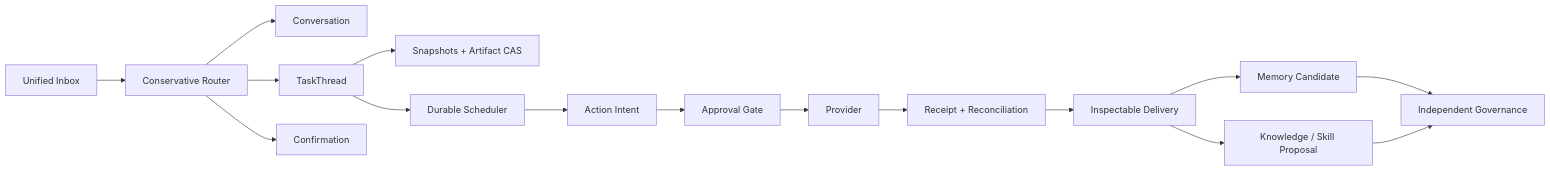
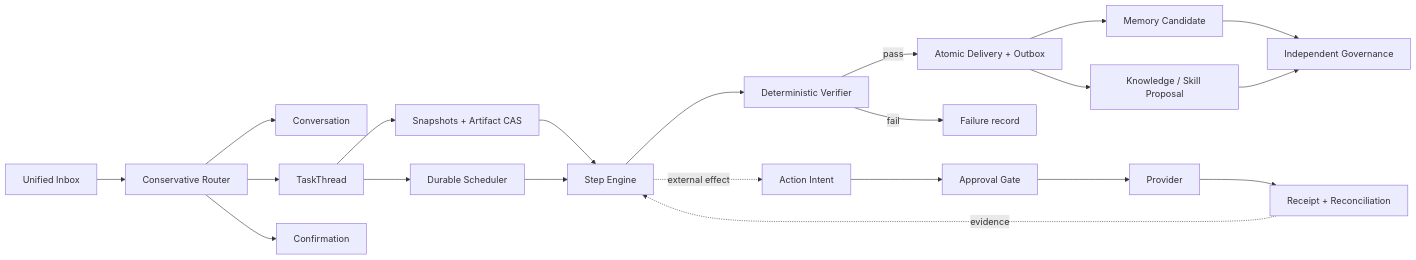
One commit to 2sao7sao/CoPenguin changed the diagram in README.md. Above: the diagram before and after it, drawn with Mermaid. The commit also changed other lines of this file and 56 other files, not shown here.

````diff
--- a/README.md
+++ b/README.md
@@ -133,18 +165,23 @@
 ```mermaid
 flowchart LR
   U["Unified Inbox"] --> R["Conservative Router"]
   R --> C["Conversation"]
   R --> T["TaskThread"]
   R --> Q["Confirmation"]
   T --> S["Snapshots + Artifact CAS"]
   T --> W["Durable Scheduler"]
-  W --> I["Action Intent"]
+  S --> E["Step Engine"]
+  W --> E
+  E --> V["Deterministic Verifier"]
+  V -->|pass| D["Atomic Delivery + Outbox"]
+  V -->|fail| F["Failure record"]
+  E -. "external effect" .-> I["Action Intent"]
   I --> A["Approval Gate"]
   A --> P["Provider"]
   P --> X["Receipt + Reconciliation"]
-  X --> D["Inspectable Delivery"]
+  X -. "evidence" .-> E
   D --> M["Memory Candidate"]
   D --> K["Knowledge / Skill Proposal"]
   M --> G["Independent Governance"]
   K --> G
 ```
````
